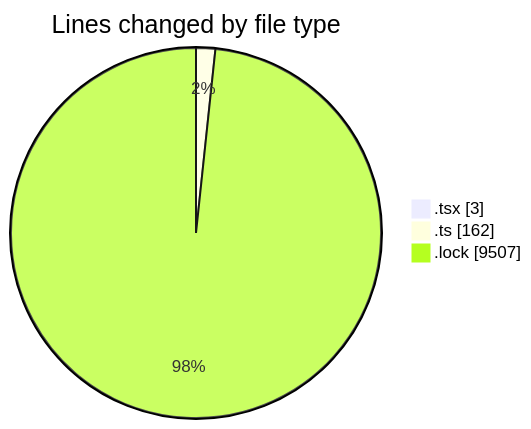
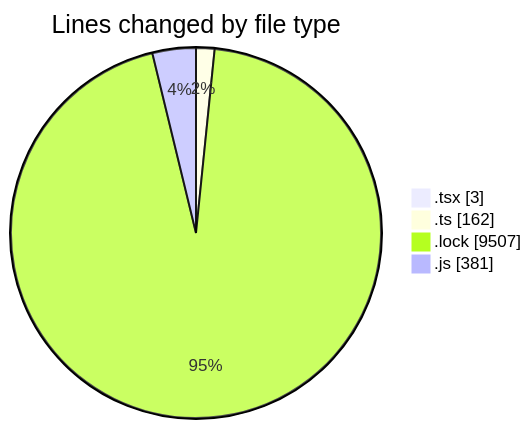
One commit to momahboobian/code-tracking changed the first of 2 diagrams in 2026-02-18/cda/README.md. Above: the diagram before and after it, drawn with Mermaid. The commit also changed other lines of this file and 1 other file, not shown here.

````diff
--- a/2026-02-18/cda/README.md
+++ b/2026-02-18/cda/README.md
@@ -23,7 +24,8 @@
 ```mermaid
 pie showData
 title Lines changed by file type
 ".tsx" : 3
 ".ts" : 162
 ".lock" : 9507
+".js" : 381
 ```
````
